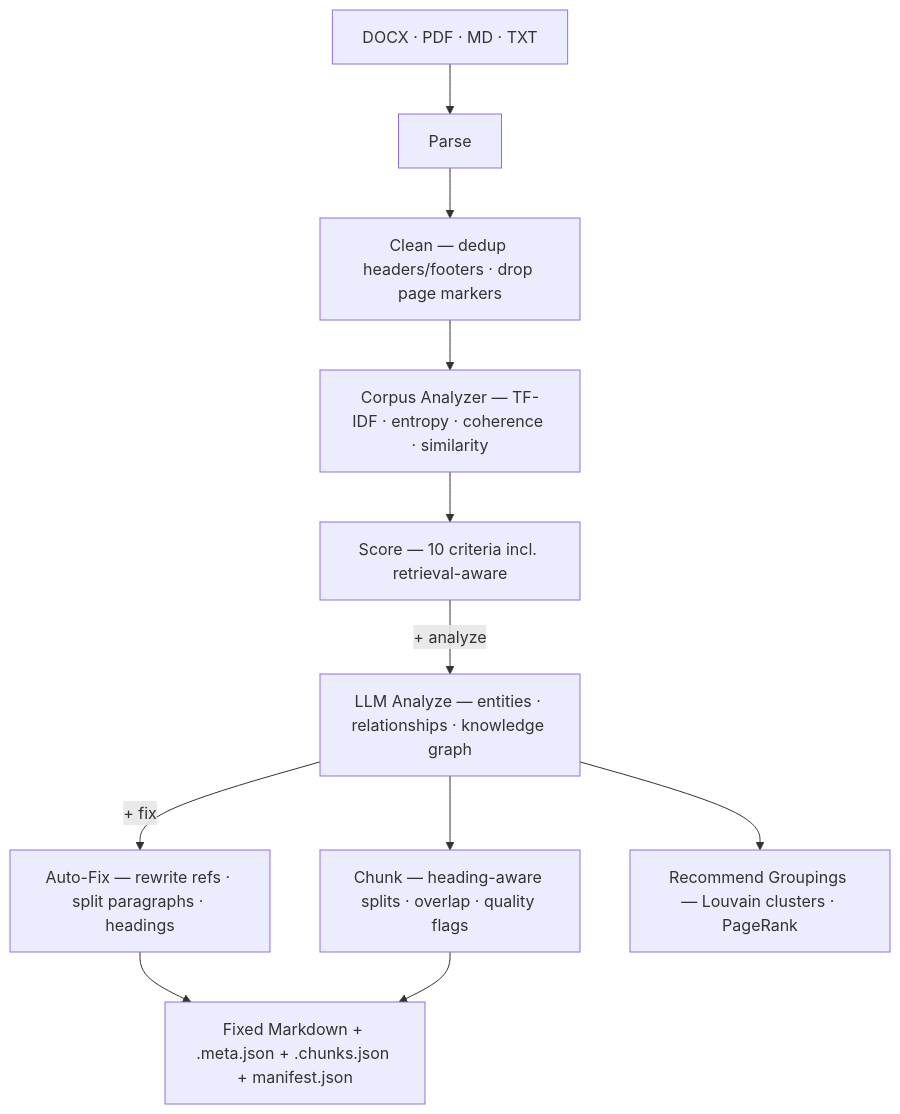
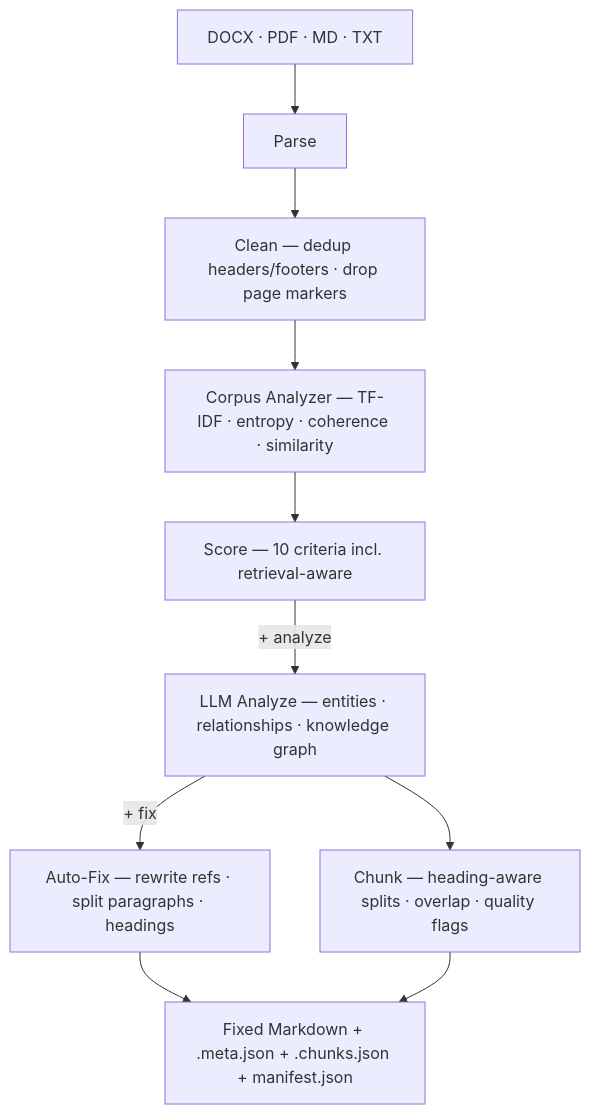
The diagram in README.md (Agentic-Studio-Labs/kb-prep), drawn with Mermaid before and after one commit. The commit also changed other lines of this file and 19 other files, not shown here.

````diff
--- a/README.md
+++ b/README.md
@@ -22,21 +21,19 @@
 ```mermaid
 flowchart TD
     Input[DOCX · PDF · MD · TXT]
     Parse[Parse]
     Clean[Clean — dedup headers/footers · drop page markers]
     CA[Corpus Analyzer — TF-IDF · entropy · coherence · similarity]
     Score[Score — 10 criteria incl. retrieval-aware]
     Analyze[LLM Analyze — entities · relationships · knowledge graph]
     Chunk[Chunk — heading-aware splits · overlap · quality flags]
     Fix[Auto-Fix — rewrite refs · split paragraphs · headings]
-    Recommend[Recommend Groupings — Louvain clusters · PageRank]
     Output[Fixed Markdown + .meta.json + .chunks.json + manifest.json]
 
     Input --> Parse --> Clean --> CA --> Score
     Score -->|+ analyze| Analyze
     Analyze --> Chunk
-    Analyze --> Recommend
     Analyze -->|+ fix| Fix
     Fix --> Output
     Chunk --> Output
 ```
````
